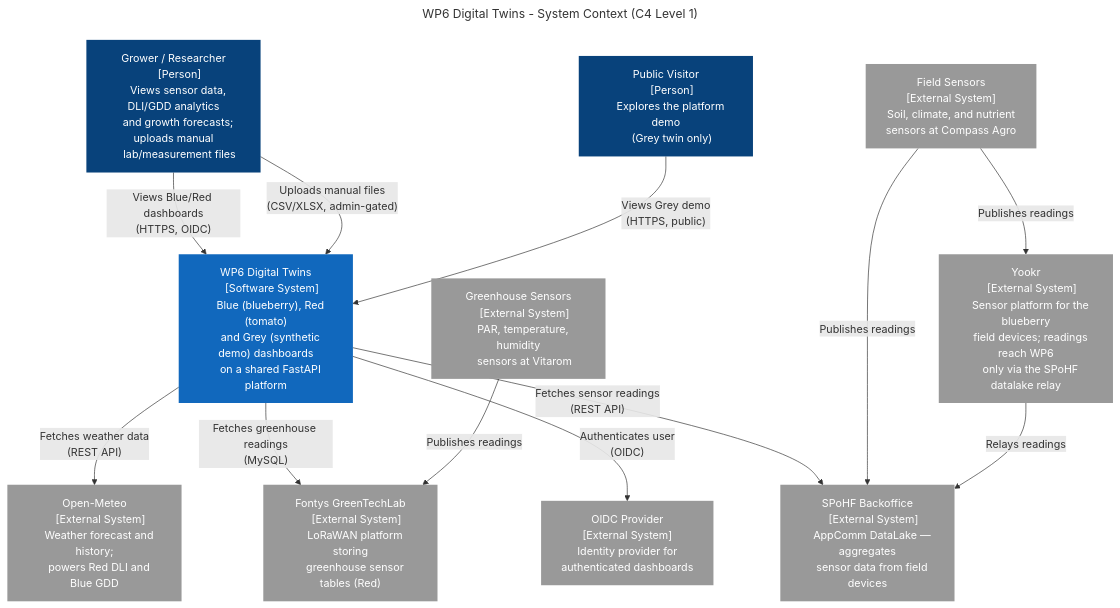
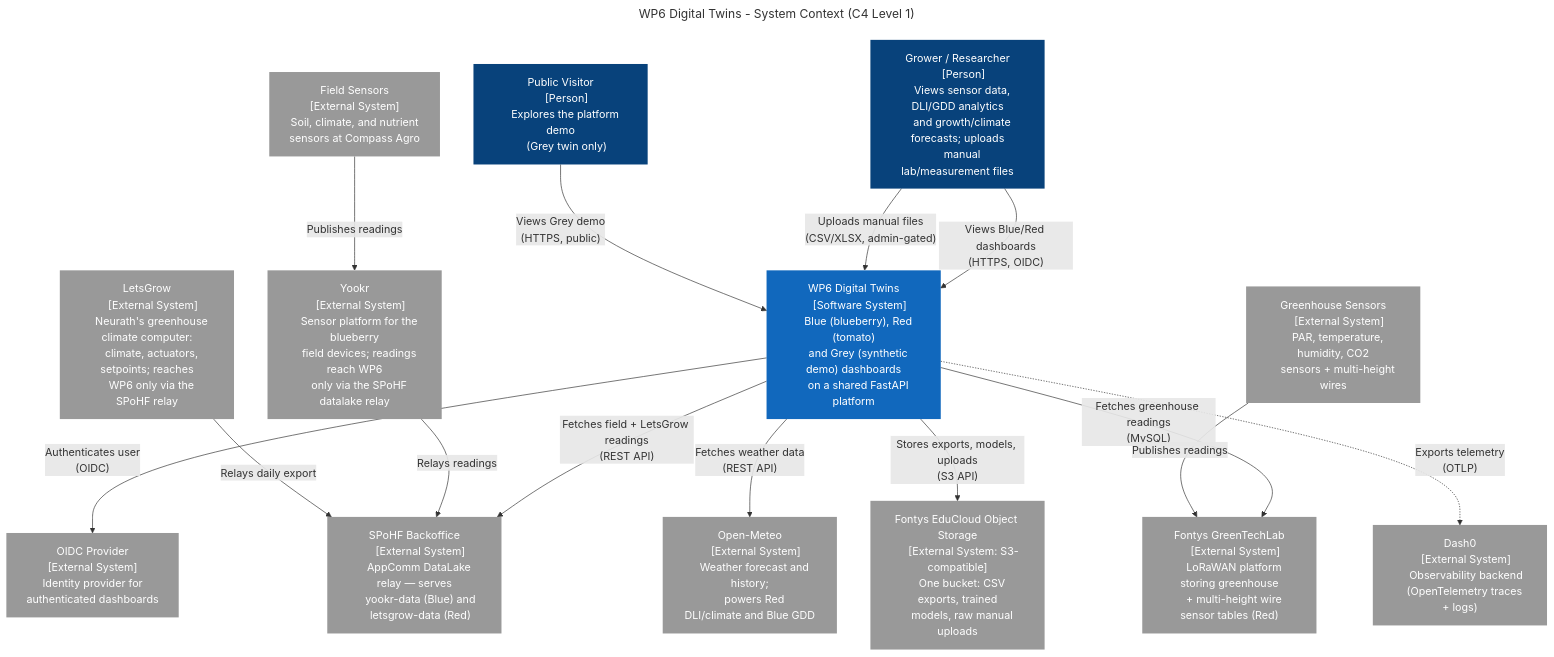
Before and after one commit to SPOHF/SPoHF-WP6-Twins: the diagram in docs/architecture/diagrams/system-context.mmd, drawn with Mermaid. The commit also changed 5 other files, not shown here.

First line of the commit message:
docs(architecture): refresh C4 diagrams — object storage, LetsGrow sync, v2 cluster

```diff
--- a/docs/architecture/diagrams/system-context.mmd
+++ b/docs/architecture/diagrams/system-context.mmd
@@ -1,74 +1,93 @@
 ---
 title: "WP6 Digital Twins - System Context (C4 Level 1)"
 ---
 graph TB
     %% SSOT — also embedded in docs/architecture/index.md.
     %% Edit this file first, then mirror into index.md.
     classDef person fill:#08427b,color:#fff,stroke:none
     classDef system fill:#1168bd,color:#fff,stroke:none
     classDef external fill:#999,color:#fff,stroke:none
 
     grower["Grower / Researcher
     [Person]
     Views sensor data, DLI/GDD analytics
-    and growth forecasts; uploads manual
-    lab/measurement files"]:::person
+    and growth/climate forecasts; uploads
+    manual lab/measurement files"]:::person
 
     visitor["Public Visitor
     [Person]
     Explores the platform demo
     (Grey twin only)"]:::person
 
     wp6["WP6 Digital Twins
     [Software System]
     Blue (blueberry), Red (tomato)
     and Grey (synthetic demo) dashboards
     on a shared FastAPI platform"]:::system
 
     spohf["SPoHF Backoffice
     [External System]
-    AppComm DataLake — aggregates
-    sensor data from field devices"]:::external
+    AppComm DataLake relay — serves
+    yookr-data (Blue) and
+    letsgrow-data (Red)"]:::external
 
     yookr["Yookr
     [External System]
     Sensor platform for the blueberry
     field devices; readings reach WP6
     only via the SPoHF datalake relay"]:::external
 
+    letsgrow["LetsGrow
+    [External System]
+    Neurath's greenhouse climate computer:
+    climate, actuators, setpoints; reaches
+    WP6 only via the SPoHF relay"]:::external
+
     openmeteo["Open-Meteo
     [External System]
     Weather forecast and history;
-    powers Red DLI and Blue GDD"]:::external
+    powers Red DLI/climate and Blue GDD"]:::external
 
     oidc["OIDC Provider
     [External System]
     Identity provider for
     authenticated dashboards"]:::external
 
+    objstore["Fontys EduCloud Object Storage
+    [External System: S3-compatible]
+    One bucket: CSV exports, trained
+    models, raw manual uploads"]:::external
+
+    dash0["Dash0
+    [External System]
+    Observability backend
+    (OpenTelemetry traces + logs)"]:::external
+
     greentechlab["Fontys GreenTechLab
     [External System]
-    LoRaWAN platform storing
-    greenhouse sensor tables (Red)"]:::external
+    LoRaWAN platform storing greenhouse
+    + multi-height wire sensor tables (Red)"]:::external
 
     greenhouse["Greenhouse Sensors
     [External System]
-    PAR, temperature, humidity
-    sensors at Vitarom"]:::external
+    PAR, temperature, humidity, CO2
+    sensors + multi-height wires"]:::external
 
     field["Field Sensors
     [External System]
     Soil, climate, and nutrient
     sensors at Compass Agro"]:::external
 
     grower -->|"Views Blue/Red dashboards\n(HTTPS, OIDC)"| wp6
     grower -->|"Uploads manual files\n(CSV/XLSX, admin-gated)"| wp6
     visitor -->|"Views Grey demo\n(HTTPS, public)"| wp6
     wp6 -->|"Authenticates user\n(OIDC)"| oidc
-    wp6 -->|"Fetches sensor readings\n(REST API)"| spohf
+    wp6 -->|"Fetches field + LetsGrow readings\n(REST API)"| spohf
     wp6 -->|"Fetches greenhouse readings\n(MySQL)"| greentechlab
     wp6 -->|"Fetches weather data\n(REST API)"| openmeteo
+    wp6 -->|"Stores exports, models, uploads\n(S3 API)"| objstore
+    wp6 -.->|"Exports telemetry\n(OTLP)"| dash0
     greenhouse -->|"Publishes readings"| greentechlab
-    field -->|"Publishes readings"| spohf
     field -->|"Publishes readings"| yookr
     yookr -->|"Relays readings"| spohf
+    letsgrow -->|"Relays daily export"| spohf
```
